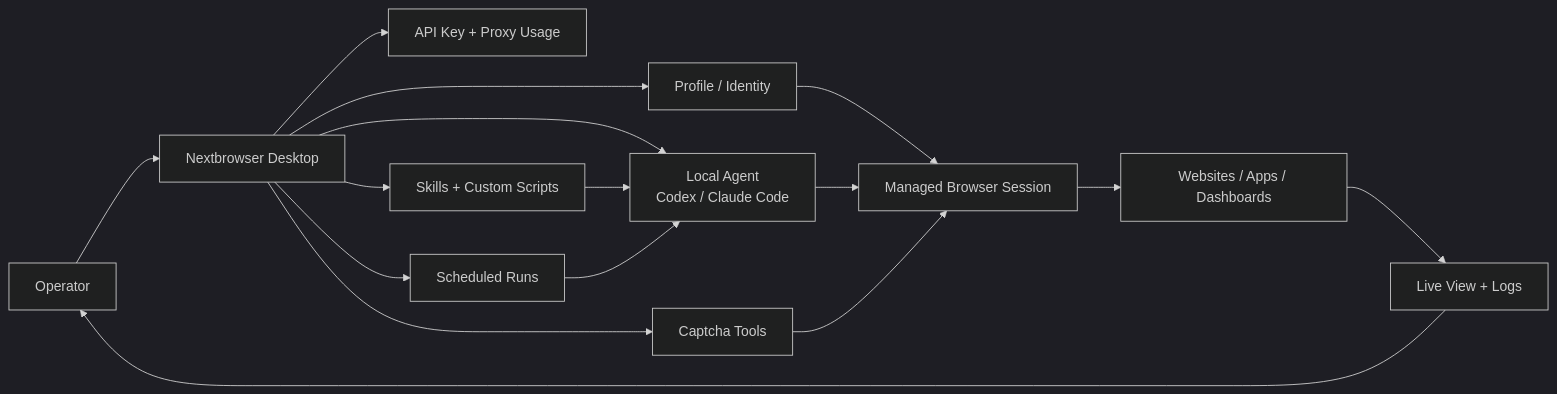
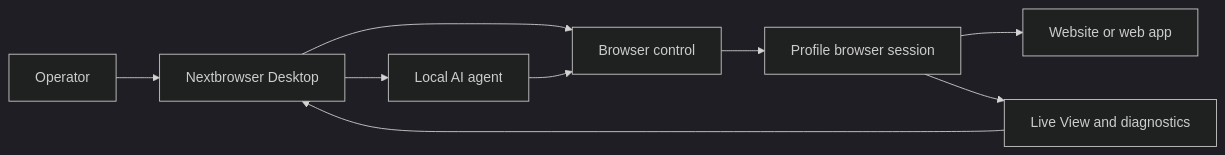
The diagram in README.md (nextbrowser-oss/nextbrowser-app), drawn with Mermaid (dark theme) before and after one commit. The commit also changed other lines of this file and 38 other files, not shown here.

````diff
--- a/README.md
+++ b/README.md
@@ -54,18 +97,11 @@
 ```mermaid
 flowchart LR
-  User["Operator"] --> App["Nextbrowser Desktop"]
-  App --> Account["API Key + Proxy Usage"]
-  App --> Profile["Profile / Identity"]
-  Profile --> Session["Managed Browser Session"]
-  App --> Agent["Local Agent<br/>Codex / Claude Code"]
-  App --> Skills["Skills + Custom Scripts"]
-  App --> Schedule["Scheduled Runs"]
-  Agent --> Session
-  Skills --> Agent
-  Schedule --> Agent
-  Session --> Web["Websites / Apps / Dashboards"]
-  Web --> Live["Live View + Logs"]
-  Live --> User
-  App --> Captcha["Captcha Tools"]
-  Captcha --> Session
+  Operator["Operator"] --> Desktop["Nextbrowser Desktop"]
+  Desktop --> Agent["Local AI agent"]
+  Desktop --> Browser["Browser control"]
+  Agent --> Browser
+  Browser --> Session["Profile browser session"]
+  Session --> Page["Website or web app"]
+  Session --> Observe["Live View and diagnostics"]
+  Observe --> Desktop
 ```
````
